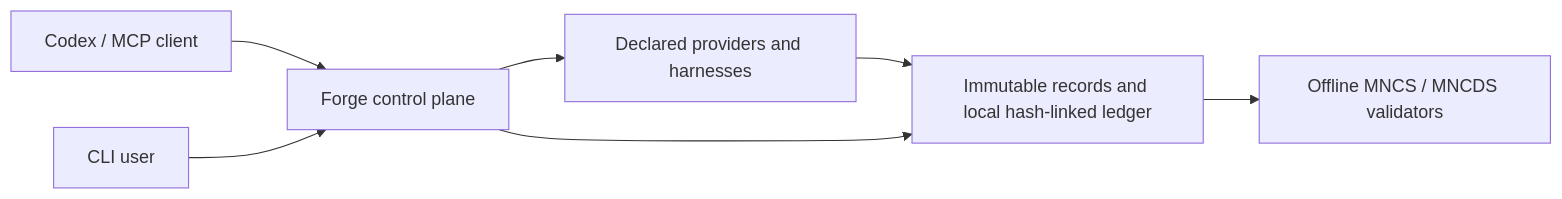
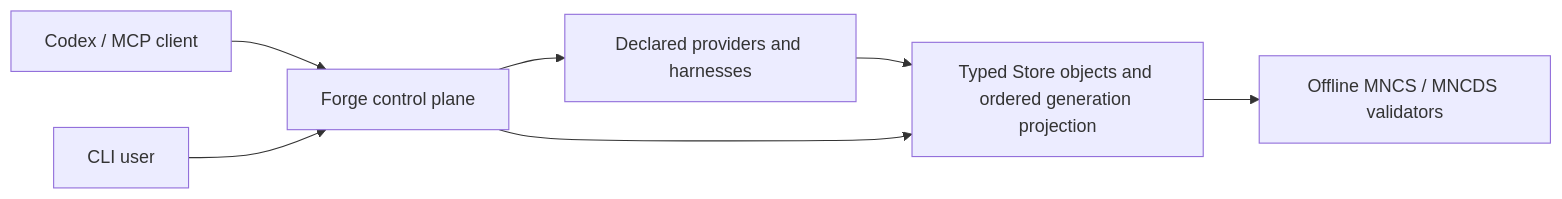
Before and after one commit to epi13/mncs-forge: the diagram in README.md, drawn with Mermaid. The commit also changed other lines of this file and 17 other files, not shown here.

````diff
--- a/README.md
+++ b/README.md
@@ -24,9 +24,9 @@
 ```mermaid
 flowchart LR
   Codex[Codex / MCP client] --> Forge[Forge control plane]
   Human[CLI user] --> Forge
   Forge --> Providers[Declared providers and harnesses]
-  Providers --> Records[Immutable records and local hash-linked ledger]
+  Providers --> Records[Typed Store objects and ordered generation projection]
   Forge --> Records
   Records --> Validators[Offline MNCS / MNCDS validators]
 ```
````
